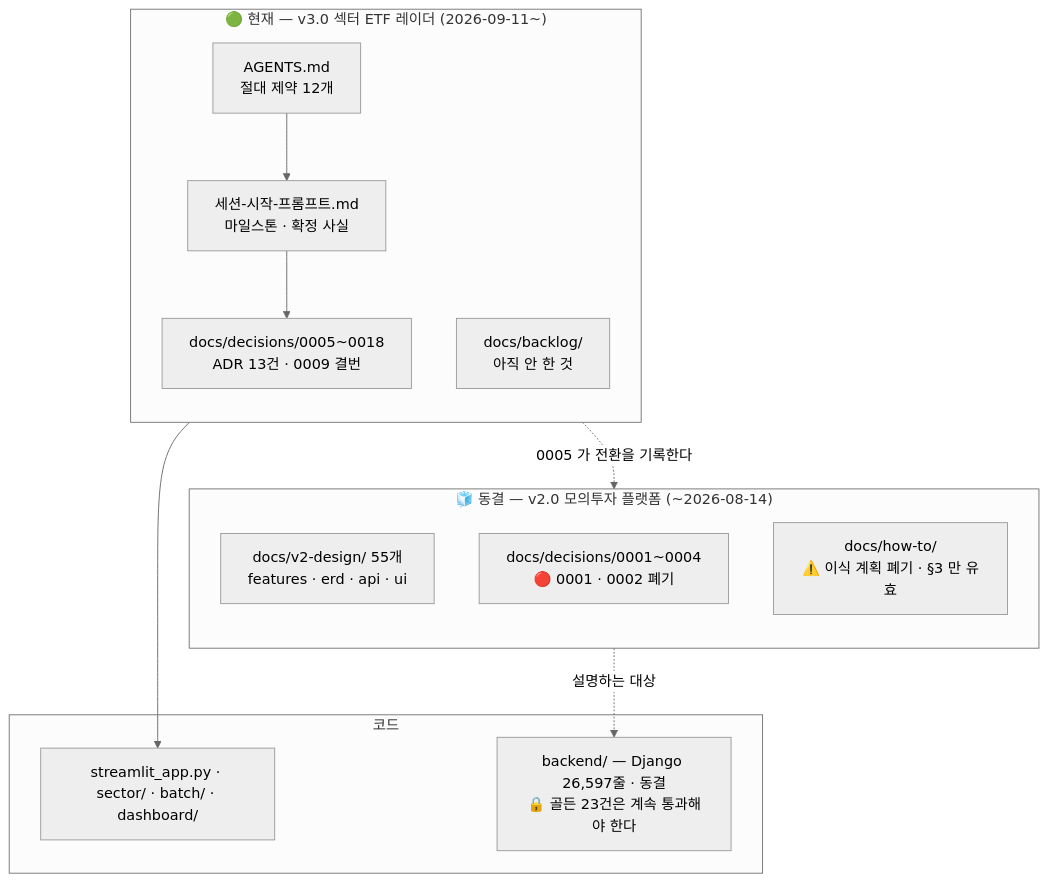
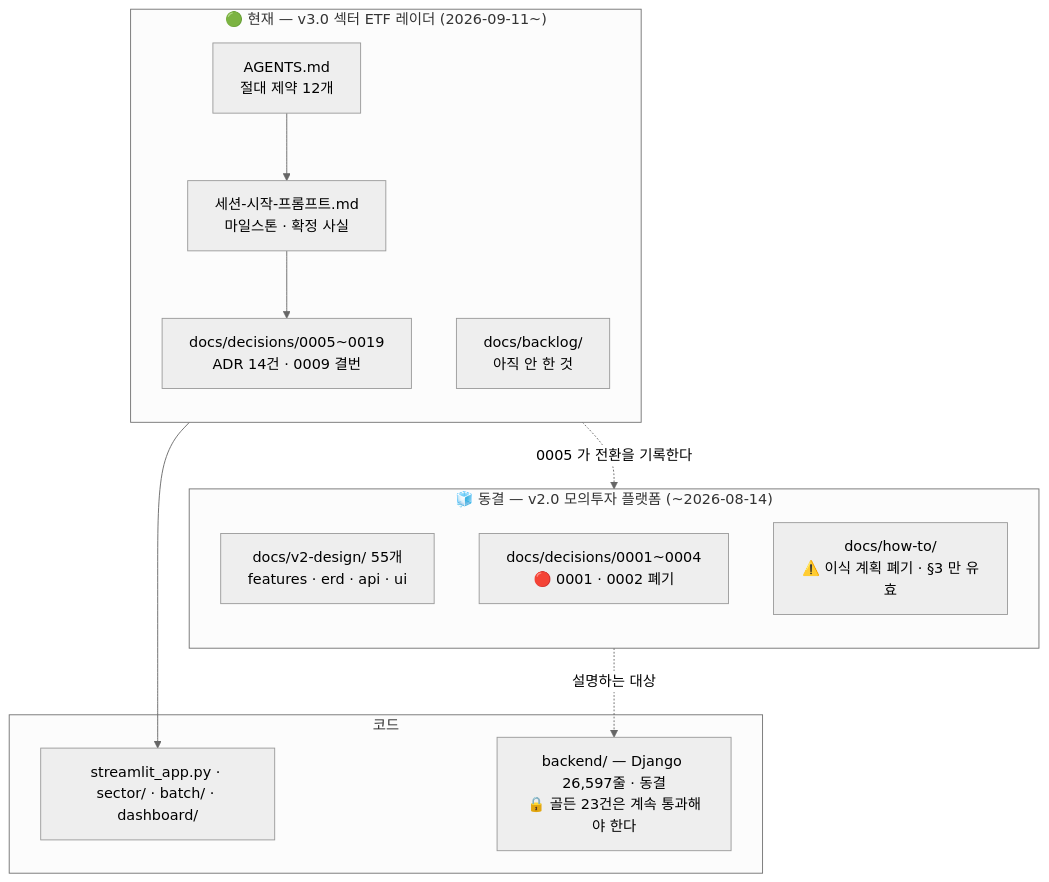
One commit to EST-Bootcamp-Dongwon/stock-coin-trade changed the diagram in docs/README.md. Above: the diagram before and after it, drawn with Mermaid (neutral theme). The commit also changed other lines of this file and 8 other files, not shown here.

````diff
--- a/docs/README.md
+++ b/docs/README.md
@@ -25,24 +25,24 @@
 ```mermaid
 flowchart TB
   subgraph NOW["🟢 현재 — v3.0 섹터 ETF 레이더 (2026-09-11~)"]
     direction TB
     A["AGENTS.md<br/>절대 제약 12개"]
     S["세션-시작-프롬프트.md<br/>마일스톤 · 확정 사실"]
-    D["docs/decisions/0005~0018<br/>ADR 13건 · 0009 결번"]
+    D["docs/decisions/0005~0019<br/>ADR 14건 · 0009 결번"]
     B["docs/backlog/<br/>아직 안 한 것"]
     A --> S --> D
   end
   subgraph FROZEN["🧊 동결 — v2.0 모의투자 플랫폼 (~2026-08-14)"]
     direction TB
     V["docs/v2-design/ 55개<br/>features · erd · api · ui"]
     O["docs/decisions/0001~0004<br/>🔴 0001 · 0002 폐기"]
     H["docs/how-to/<br/>⚠️ 이식 계획 폐기 · §3 만 유효"]
   end
   subgraph CODE["코드"]
     C3["streamlit_app.py · sector/ · batch/ · dashboard/"]
     C2["backend/ — Django 26,597줄 · 동결<br/>🔒 골든 23건은 계속 통과해야 한다"]
   end
   NOW --> C3
   FROZEN -. "설명하는 대상" .-> C2
   D -. "0005 가 전환을 기록한다" .-> FROZEN
 ```
````
